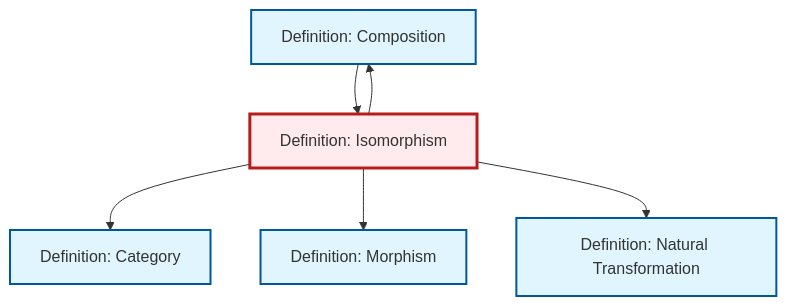
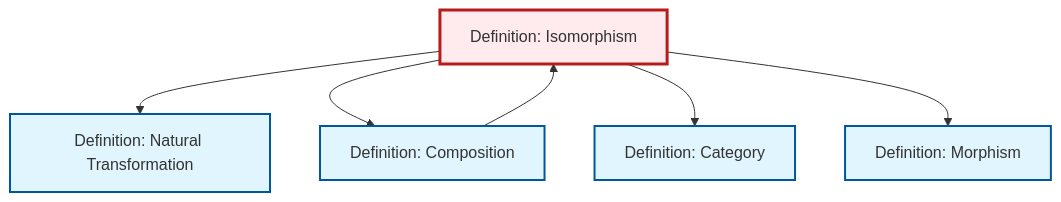
One commit to RK0429/ModernMath changed the diagram in output/mermaid/def-isomorphism.mermaid. Above: the diagram before and after it, drawn with Mermaid. The commit also changed other lines of this file and 1120 other files, not shown here.

````diff
--- a/output/mermaid/def-isomorphism.mermaid
+++ b/output/mermaid/def-isomorphism.mermaid
@@ -1,20 +1,20 @@
 ```{mermaid}
 %%| fig-cap: "Local dependency graph"
 graph TD
     classDef definition fill:#e1f5fe,stroke:#01579b,stroke-width:2px
     classDef theorem fill:#f3e5f5,stroke:#4a148c,stroke-width:2px
     classDef axiom fill:#fff3e0,stroke:#e65100,stroke-width:2px
     classDef example fill:#e8f5e9,stroke:#1b5e20,stroke-width:2px
     classDef current fill:#ffebee,stroke:#b71c1c,stroke-width:3px
+    def-morphism["Definition: Morphism"]:::definition
+    def-isomorphism["Definition: Isomorphism"]:::definition
     def-composition["Definition: Composition"]:::definition
-    def-isomorphism["Definition: Isomorphism"]:::definition
+    def-category["Definition: Category"]:::definition
     def-natural-transformation["Definition: Natural Transformation"]:::definition
-    def-morphism["Definition: Morphism"]:::definition
-    def-category["Definition: Category"]:::definition
+    def-isomorphism --> def-natural-transformation
+    def-isomorphism --> def-composition
     def-isomorphism --> def-category
+    def-composition --> def-isomorphism
     def-isomorphism --> def-morphism
-    def-composition --> def-isomorphism
-    def-isomorphism --> def-composition
-    def-isomorphism --> def-natural-transformation
     class def-isomorphism current
 ```
````
